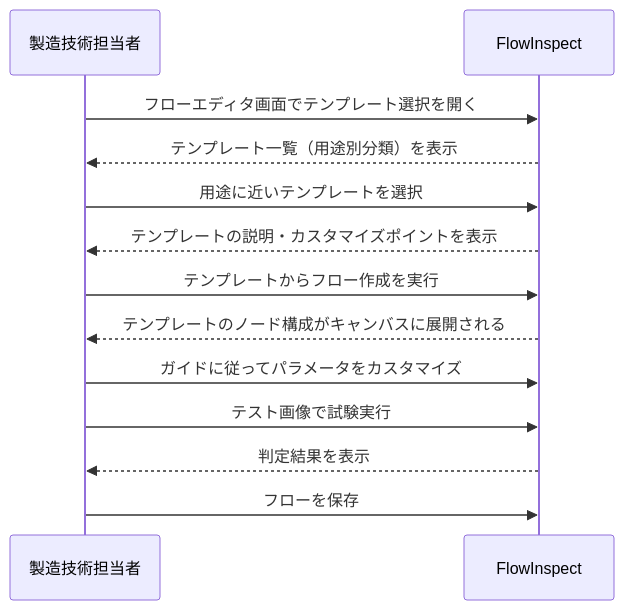
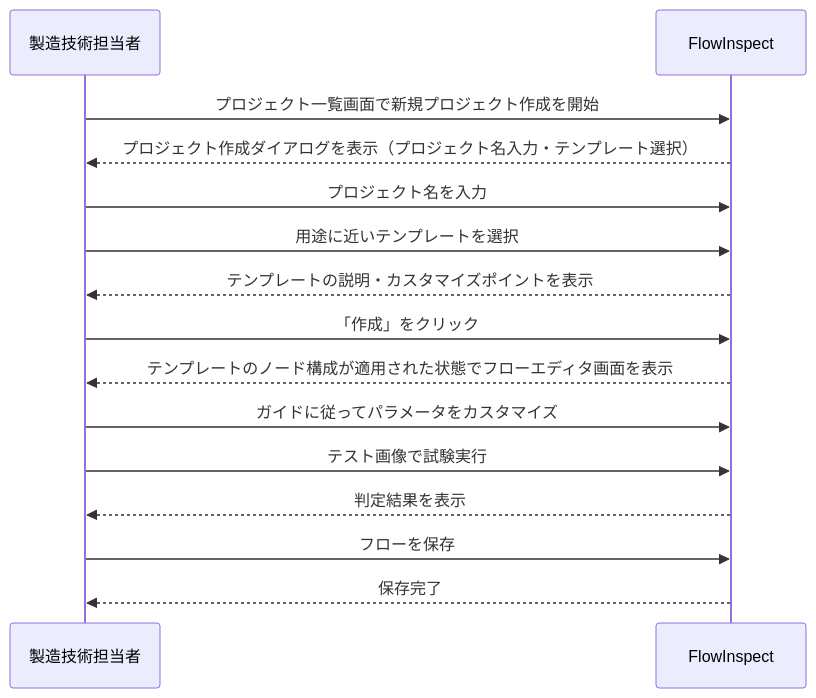
One commit to nishio-n0522/test_updated_sdd changed the fifth of 7 diagrams in docs/functional-design.md. Above: the diagram before and after it, drawn with Mermaid. The commit also changed other lines of this file and 4 other files, not shown here.

````diff
--- a/docs/functional-design.md
+++ b/docs/functional-design.md
@@ -509,16 +509,18 @@
 ```mermaid
 sequenceDiagram
     participant User as 製造技術担当者
     participant App as FlowInspect
 
-    User->>App: フローエディタ画面でテンプレート選択を開く
-    App-->>User: テンプレート一覧（用途別分類）を表示
+    User->>App: プロジェクト一覧画面で新規プロジェクト作成を開始
+    App-->>User: プロジェクト作成ダイアログを表示（プロジェクト名入力・テンプレート選択）
+    User->>App: プロジェクト名を入力
     User->>App: 用途に近いテンプレートを選択
     App-->>User: テンプレートの説明・カスタマイズポイントを表示
-    User->>App: テンプレートからフロー作成を実行
-    App-->>User: テンプレートのノード構成がキャンバスに展開される
+    User->>App: 「作成」をクリック
+    App-->>User: テンプレートのノード構成が適用された状態でフローエディタ画面を表示
     User->>App: ガイドに従ってパラメータをカスタマイズ
     User->>App: テスト画像で試験実行
     App-->>User: 判定結果を表示
     User->>App: フローを保存
+    App-->>User: 保存完了
 ```
````
